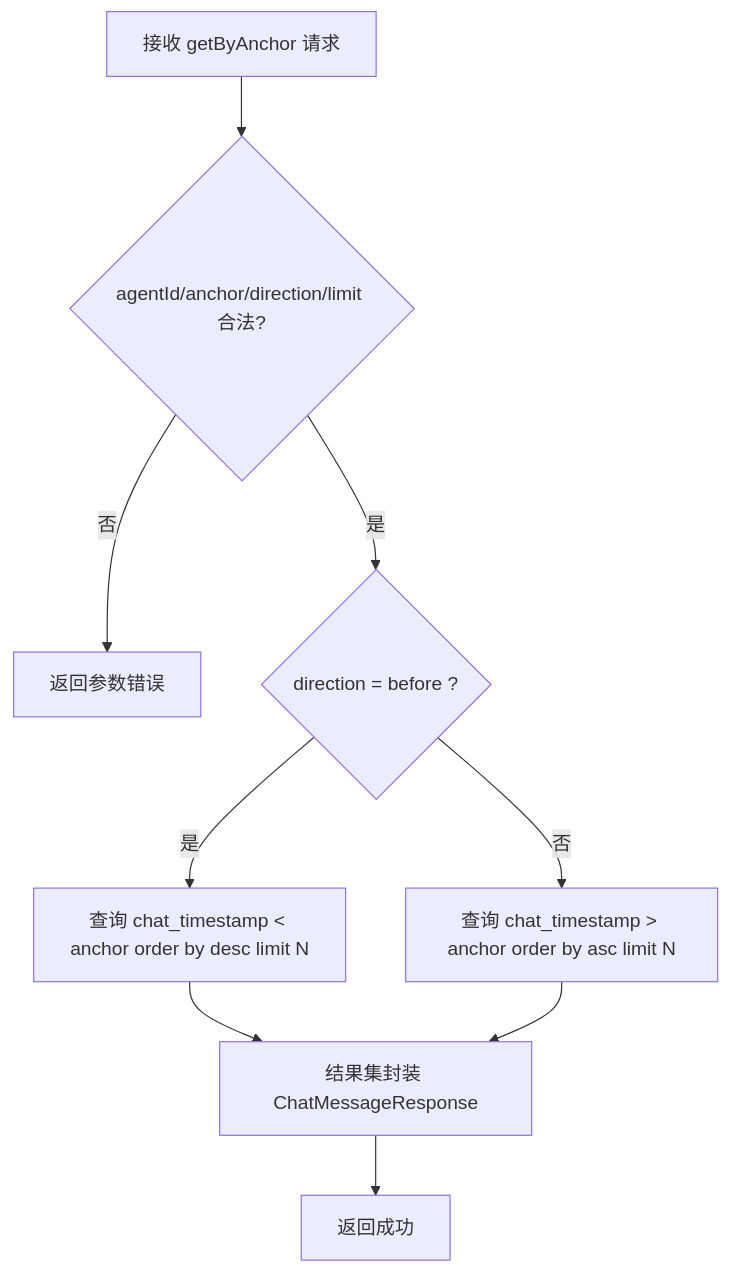
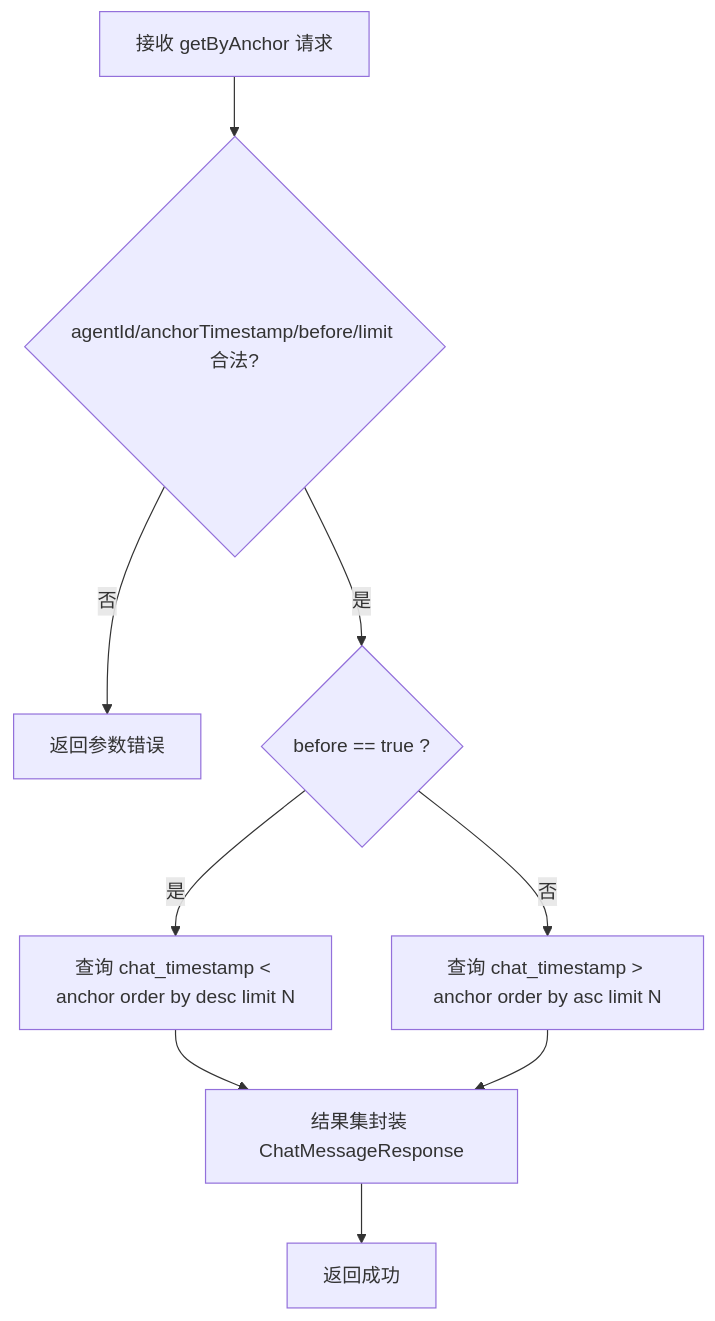
One commit to nangong918/magic-vector changed diagram 12 of 14 in springboot/docs/SpringBootDesignDocument.md. Above: the diagram before and after it, drawn with Mermaid. The commit also changed other lines of this file and 14 other files, not shown here.

````diff
--- a/springboot/docs/SpringBootDesignDocument.md
+++ b/springboot/docs/SpringBootDesignDocument.md
@@ -258,11 +258,11 @@
 ```mermaid
 flowchart TD
-    A[接收 getByAnchor 请求] --> B{agentId/anchor/direction/limit 合法?}
+    A[接收 getByAnchor 请求] --> B{agentId/anchorTimestamp/before/limit 合法?}
     B -- 否 --> C[返回参数错误]
-    B -- 是 --> D{direction = before ?}
+    B -- 是 --> D{before == true ?}
     D -- 是 --> E[查询 chat_timestamp < anchor order by desc limit N]
     D -- 否 --> F[查询 chat_timestamp > anchor order by asc limit N]
     E --> G[结果集封装 ChatMessageResponse]
     F --> G
     G --> H[返回成功]
 ```
````
